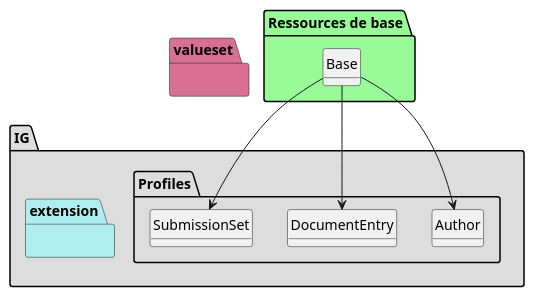
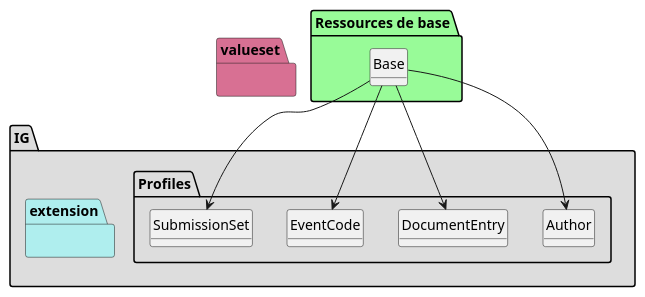
Before and after one commit to ansforge/IG-FHIR-PDSM4DMP-EEDS: the diagram in add-info-dmp/plantuml/graph.puml, drawn with PlantUML. The commit also changed 123 other files, not shown here.

Commit message:
Ajout de eventCode 9e8515c43121366088871f1d103d2d969e696dcc

```diff
--- a/add-info-dmp/plantuml/graph.puml
+++ b/add-info-dmp/plantuml/graph.puml
@@ -1,88 +1,104 @@
 @startuml
 set namespaceSeparator ?
 hide circle
 hide class fields
 
 package IG #DDDDDD{
 
      package Profiles #DDDDDD{
 
         class Author{
 
              Author => [None..None]
              Author.institution => [0..1]
              Author.person => [0..1]
              Author.role => [1..1]
-             Author.specialty => [0..*]
+             Author.specialty => [0..1]
              Author.telecommunication => [0..1]
         } 
 
         class DocumentEntry{
 
              DocumentEntry => [None..None]
+             DocumentEntry.entryUUID => [1..1]
+             DocumentEntry.logicalId => [1..1]
+             DocumentEntry.mimeType => [1..1]
+             DocumentEntry.availabilityStatus => [1..1]
+             DocumentEntry.hash => [1..1]
+             DocumentEntry.size => [1..1]
+             DocumentEntry.languageCode => [1..1]
+             DocumentEntry.legalAuthenticator => [0..1]
+             DocumentEntry.repositoryUniqueId => [1..1]
+             DocumentEntry.serviceStartTime => [1..1]
+             DocumentEntry.serviceEndTime => [0..1]
+             DocumentEntry.sourcePatientID => [1..1]
+             DocumentEntry.sourcePatientInfo => [1..1]
+             DocumentEntry.URI => [1..1]
              DocumentEntry.title => [1..1]
+             DocumentEntry.comments => [0..1]
+             DocumentEntry.patientID => [1..1]
              DocumentEntry.uniqueId => [1..1]
-             DocumentEntry.uri => [1..1]
              DocumentEntry.class => [1..1]
+             DocumentEntry.confidentiality => [1..4]
+             DocumentEntry.eventCodeList => [0..*]
+             DocumentEntry.format => [1..1]
+             DocumentEntry.healthcareFacilityTypeCode => [1..1]
+             DocumentEntry.practiceSetting => [0..1]
              DocumentEntry.type => [1..1]
-             DocumentEntry.author => [1..*]
-             DocumentEntry.availabilityStatus => [0..1]
-             DocumentEntry.comments => [0..1]
-             DocumentEntry.confidentiality => [1..1]
+             DocumentEntry.documentAvailability => [0..1]
+             DocumentEntry.homeCommunityId => [0..1]
              DocumentEntry.creationTime => [1..1]
-             DocumentEntry.format => [1..1]
-             DocumentEntry.size => [0..1]
-             DocumentEntry.hash => [1..1]
-             DocumentEntry.practiceSetting => [0..1]
-             DocumentEntry.healthcareFacilityTypeCode => [1..1]
-             DocumentEntry.legalAuthenticator => [0..1]
-             DocumentEntry.limitedMetadata => [0..1]
-             DocumentEntry.mimeType => [1..1]
-             DocumentEntry.objectType => [1..1]
-             DocumentEntry.sourcePatientID => [1..1]
-             DocumentEntry.sourcePatientInfo => [0..1]
              DocumentEntry.referenceIdList => [0..*]
-             DocumentEntry.repositoryUniqueID => [0..1]
-             DocumentEntry.serviceStartTime => [1..1]
-             DocumentEntry.serviceEndTime => [1..1]
+        } 
+
+        class EventCode{
+
+             EventCode => [None..None]
+             EventCode.eventCode => [1..1]
         } 
 
         class SubmissionSet{
 
              SubmissionSet => [None..None]
-             SubmissionSet.author => [1..1]
+             SubmissionSet.entryUUID => [1..1]
              SubmissionSet.availabilityStatus => [0..1]
+             SubmissionSet.submissionTime => [1..1]
+             SubmissionSet.title => [0..1]
              SubmissionSet.comments => [0..1]
-             SubmissionSet.contentTypeCode => [1..1]
-             SubmissionSet.entryUUID => [1..1]
              SubmissionSet.patientID => [1..1]
              SubmissionSet.sourceID => [1..1]
-             SubmissionSet.submissionTime => [1..1]
-             SubmissionSet.title => [0..1]
              SubmissionSet.uniqueID => [1..1]
+             SubmissionSet.contentTypeCode => [1..1]
+             SubmissionSet.author => [1..1]
+             SubmissionSet.homeCommunityID => [0..1]
+             SubmissionSet.intendedRecipient => [0..*]
          }
 
      }
      package extension #paleturquoise {
 
 
          }
      }
      package valueset #PaleVioletRed{
        }
 
 package "Ressources de base" #palegreen {
 
  class "Base" as  class095a1b43effec73955e31e790438de49 
 
     class095a1b43effec73955e31e790438de49 --> Author
 
  class "Base" as  class095a1b43effec73955e31e790438de49 
 
     class095a1b43effec73955e31e790438de49 --> DocumentEntry
 
  class "Base" as  class095a1b43effec73955e31e790438de49 
 
+    class095a1b43effec73955e31e790438de49 --> EventCode
+
+ class "Base" as  class095a1b43effec73955e31e790438de49 
+
     class095a1b43effec73955e31e790438de49 --> SubmissionSet
 }
 @enduml
```
